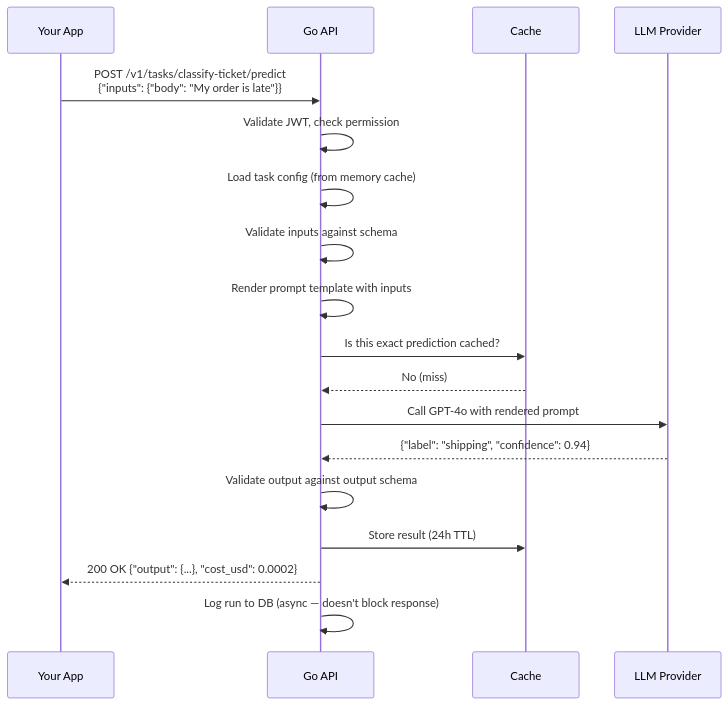
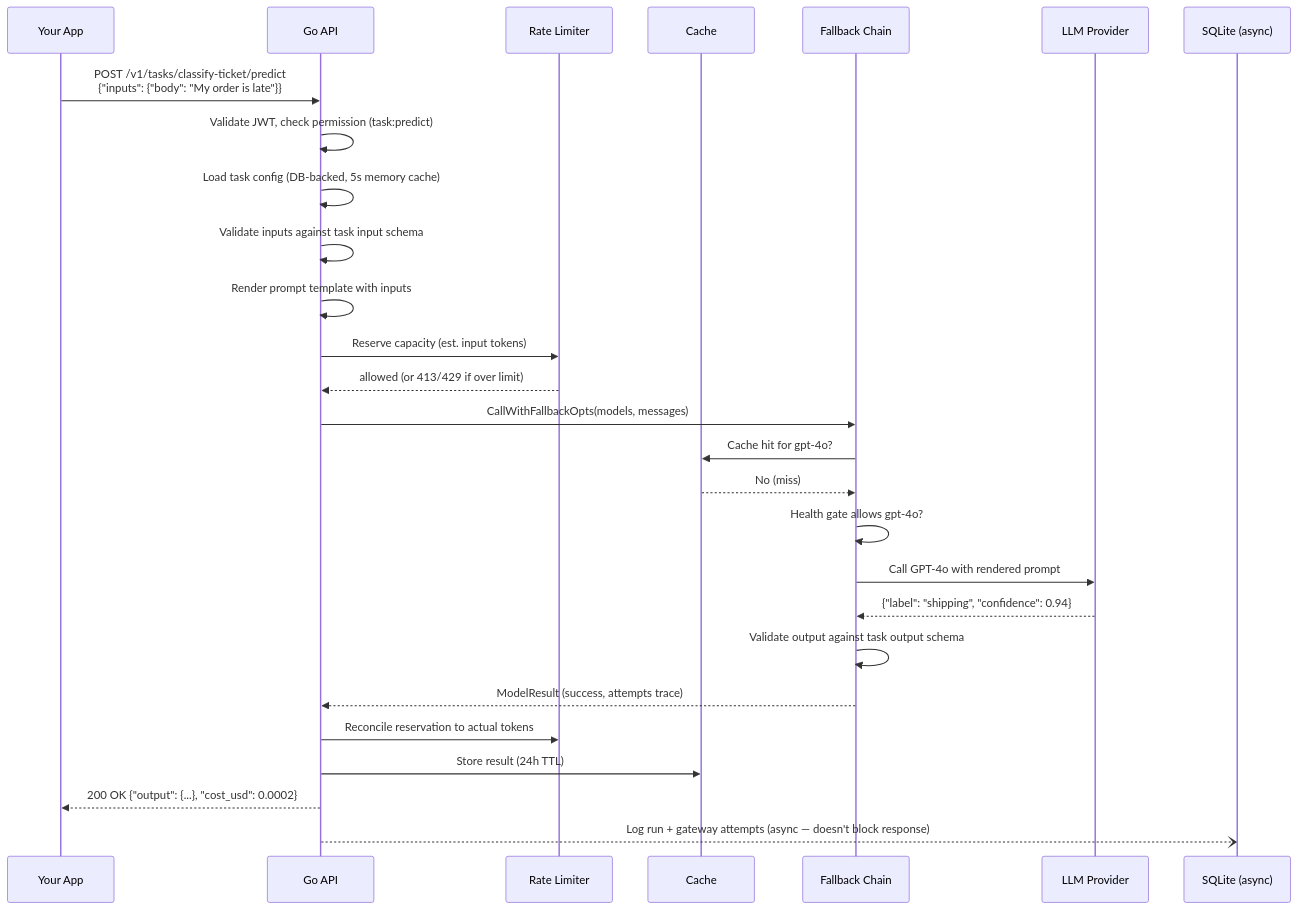
One commit to Anushka-meesho/llm_platform changed the third of 3 diagrams in llm_platform_go/docs/00-big-picture.md. Above: the diagram before and after it, drawn with Mermaid. The commit also changed other lines of this file and 48 other files, not shown here.

````diff
--- a/llm_platform_go/docs/00-big-picture.md
+++ b/llm_platform_go/docs/00-big-picture.md
@@ -129,21 +172,30 @@
 ```mermaid
 sequenceDiagram
     participant App as Your App
     participant API as Go API
+    participant RL as Rate Limiter
     participant Cache
+    participant FB as Fallback Chain
     participant Model as LLM Provider
+    participant DB as SQLite (async)
 
     App->>API: POST /v1/tasks/classify-ticket/predict<br/>{"inputs": {"body": "My order is late"}}
-    API->>API: Validate JWT, check permission
-    API->>API: Load task config (from memory cache)
-    API->>API: Validate inputs against schema
+    API->>API: Validate JWT, check permission (task:predict)
+    API->>API: Load task config (DB-backed, 5s memory cache)
+    API->>API: Validate inputs against task input schema
     API->>API: Render prompt template with inputs
-    API->>Cache: Is this exact prediction cached?
-    Cache-->>API: No (miss)
-    API->>Model: Call GPT-4o with rendered prompt
-    Model-->>API: {"label": "shipping", "confidence": 0.94}
-    API->>API: Validate output against output schema
+    API->>RL: Reserve capacity (est. input tokens)
+    RL-->>API: allowed (or 413/429 if over limit)
+    API->>FB: CallWithFallbackOpts(models, messages)
+    FB->>Cache: Cache hit for gpt-4o?
+    Cache-->>FB: No (miss)
+    FB->>FB: Health gate allows gpt-4o?
+    FB->>Model: Call GPT-4o with rendered prompt
+    Model-->>FB: {"label": "shipping", "confidence": 0.94}
+    FB->>FB: Validate output against task output schema
+    FB-->>API: ModelResult (success, attempts trace)
+    API->>RL: Reconcile reservation to actual tokens
     API->>Cache: Store result (24h TTL)
     API-->>App: 200 OK {"output": {...}, "cost_usd": 0.0002}
-    API->>API: Log run to DB (async — doesn't block response)
+    API--)DB: Log run + gateway attempts (async — doesn't block response)
 ```
````
